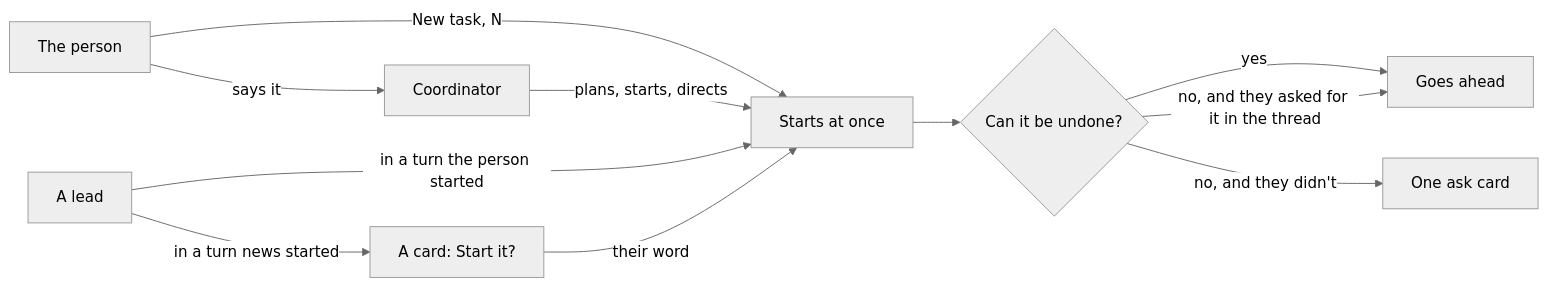
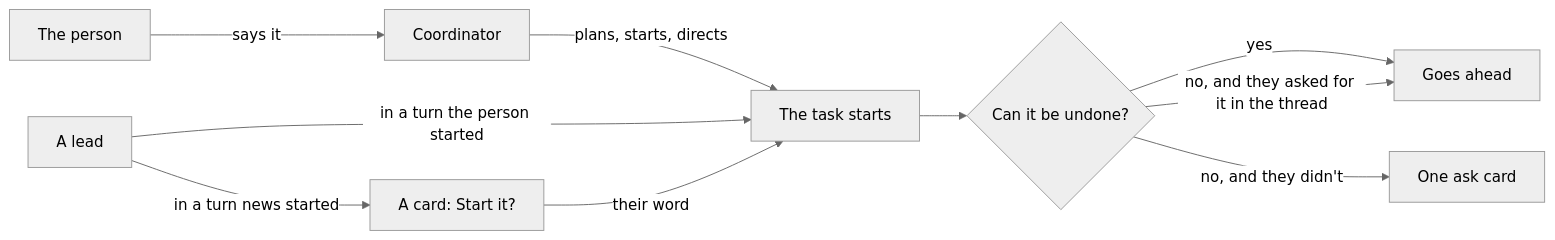
The diagram in packages/ui/prototypes/capable/README.md (AltharIDE/althar), drawn with Mermaid (neutral theme) before and after one commit. The commit also changed other lines of this file and 18 other files, not shown here.

````diff
--- a/packages/ui/prototypes/capable/README.md
+++ b/packages/ui/prototypes/capable/README.md
@@ -15,13 +24,12 @@
 ```mermaid
 flowchart LR
-  P[The person] -->|New task, N| S[Starts at once]
-  P -->|says it| C[Coordinator]
-  C -->|plans, starts, directs| S
+  P[The person] -->|says it| C[Coordinator]
+  C -->|plans, starts, directs| S[The task starts]
   L[A lead] -->|in a turn the person started| S
   L -->|in a turn news started| K[A card: Start it?]
   K -->|their word| S
   S --> A{Can it be undone?}
   A -->|yes| G[Goes ahead]
   A -->|no, and they asked for it in the thread| G
   A -->|no, and they didn't| Q[One ask card]
 ```
````
